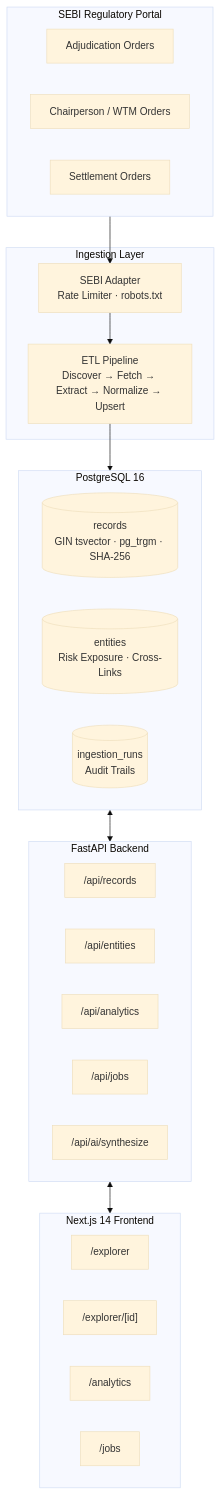
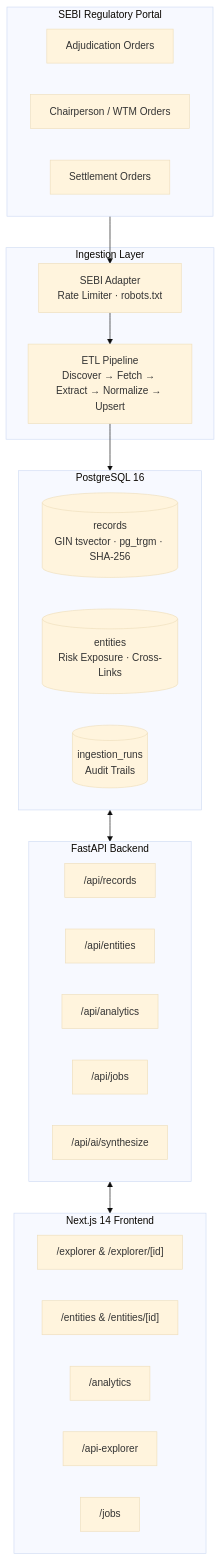
The diagram in README.md (ReturnKartikey/krio-lexgov), drawn with Mermaid (base theme) before and after one commit. The commit also changed other lines of this file, not shown here.

````diff
--- a/README.md
+++ b/README.md
@@ -89,37 +91,38 @@
 ```mermaid
 flowchart TD
     subgraph Registry["SEBI Regulatory Portal"]
         AO["Adjudication Orders"]
         WTM["Chairperson / WTM Orders"]
         SETTLE["Settlement Orders"]
     end
 
     subgraph Ingestion["Ingestion Layer"]
         ADAPTER["SEBI Adapter<br/>Rate Limiter · robots.txt"]
         ETL["ETL Pipeline<br/>Discover → Fetch → Extract → Normalize → Upsert"]
     end
 
     subgraph Storage["PostgreSQL 16"]
         RECORDS[("records<br/>GIN tsvector · pg_trgm · SHA-256")]
         ENTITIES[("entities<br/>Risk Exposure · Cross-Links")]
         JOBS[("ingestion_runs<br/>Audit Trails")]
     end
 
     subgraph API["FastAPI Backend"]
         R_API["/api/records"]
         E_API["/api/entities"]
         A_API["/api/analytics"]
         J_API["/api/jobs"]
         AI_API["/api/ai/synthesize"]
     end
 
     subgraph UI["Next.js 14 Frontend"]
-        EXPLORER["/explorer"]
-        DOSSIER["/explorer/[id]"]
+        EXPLORER["/explorer & /explorer/[id]"]
+        ENTITIES_UI["/entities & /entities/[id]"]
         ANALYTICS["/analytics"]
+        API_UI["/api-explorer"]
         JOBS_UI["/jobs"]
     end
 
     Registry --> ADAPTER --> ETL --> Storage
     Storage <--> API <--> UI
 ```
````
